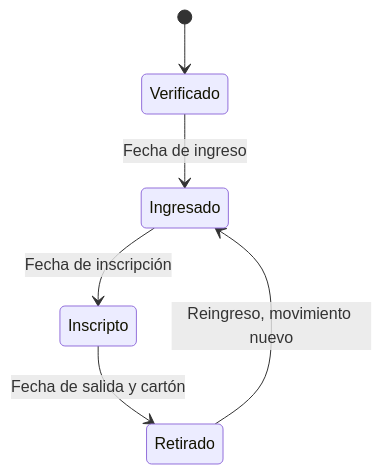
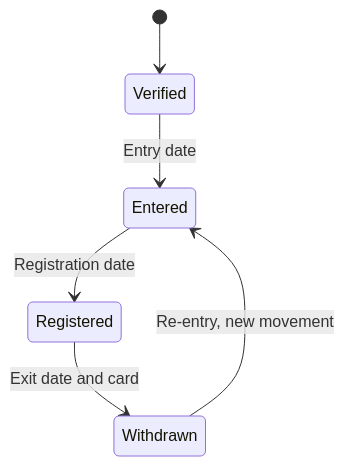
The fifth of 16 diagrams in docs/200-architecture/203-design/CICLO-DE-VIDA.md (matiaspakua/notaire), drawn with Mermaid before and after one commit. The commit also changed other lines of this file and 52 other files, not shown here.

````diff
--- a/docs/200-architecture/203-design/CICLO-DE-VIDA.md
+++ b/docs/200-architecture/203-design/CICLO-DE-VIDA.md
@@ -217,8 +220,8 @@
 ```mermaid
 stateDiagram-v2
-  [*] --> Verificado
-  Verificado --> Ingresado: Fecha de ingreso
-  Ingresado --> Inscripto: Fecha de inscripción
-  Inscripto --> Retirado: Fecha de salida y cartón
-  Retirado --> Ingresado: Reingreso, movimiento nuevo
+  [*] --> Verified
+  Verified --> Entered: Entry date
+  Entered --> Registered: Registration date
+  Registered --> Withdrawn: Exit date and card
+  Withdrawn --> Entered: Re-entry, new movement
 ```
````
